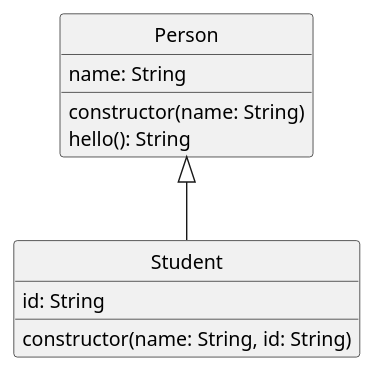
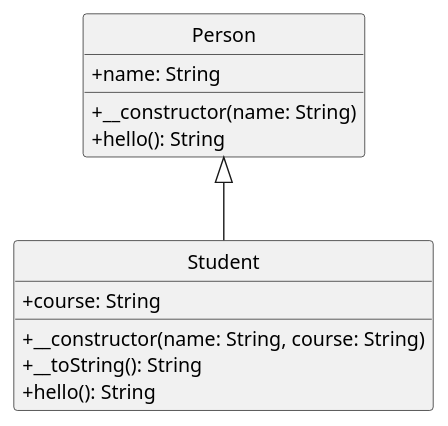
One commit to ifpb/php-guide changed the diagram in core/object/assets/object-person-student.pu. Above: the diagram before and after it, drawn with PlantUML. The commit also changed 14 other files, not shown here.

Commit message:
ajustando uml do oo

```diff
--- a/core/object/assets/object-person-student.pu
+++ b/core/object/assets/object-person-student.pu
@@ -1,18 +1,20 @@
 @startuml
 skinparam classAttributeIconSize 0
 skinparam monochrome true
 hide circle
 
 class Person {
-    name: String
-    constructor(name: String)
-    hello(): String
+    +name: String
+    +__constructor(name: String)
+    +hello(): String
 }
 
 class Student {
-    id: String
-    constructor(name: String, id: String)
+    +course: String
+    +__constructor(name: String, course: String)
+    +__toString(): String
+    +hello(): String
 }
 
 Person <|-- Student
 @enduml
```
